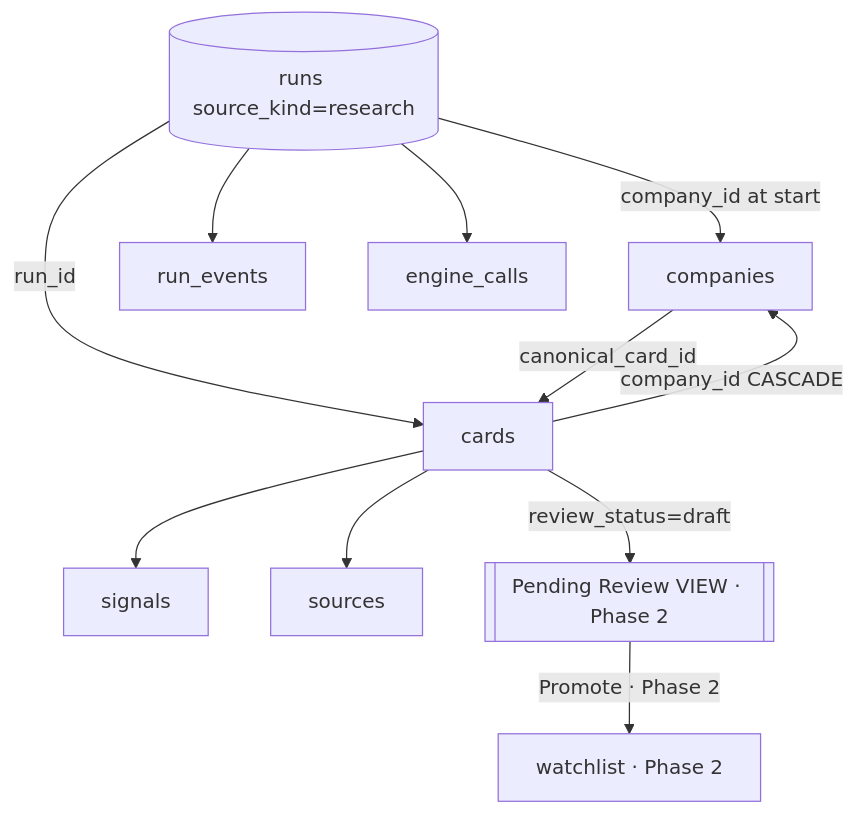
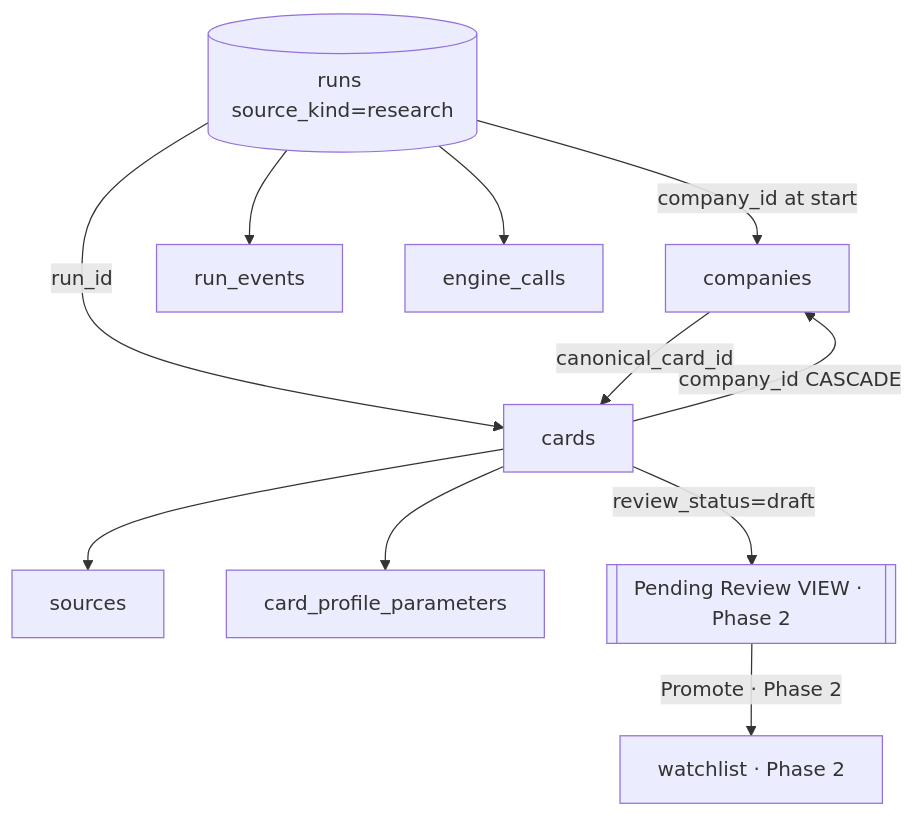
The fourth of 10 diagrams in docs/phase-1/P1-04-admin.md (Growth-Maschine/NORAD-INTEL-ENGINE-V1), drawn with Mermaid before and after one commit. The commit also changed other lines of this file and 14 other files, not shown here.

````diff
--- a/docs/phase-1/P1-04-admin.md
+++ b/docs/phase-1/P1-04-admin.md
@@ -979,22 +1007,22 @@
 ```mermaid
 flowchart TB
     RUNS[(runs source_kind=research)]
     CO[companies]
     CARD[cards]
-    SIG[signals]
     SRC[sources]
+    CPP[card_profile_parameters]
     EV[run_events]
     EC[engine_calls]
 
     RUNS -->|company_id at start| CO
     RUNS -->|run_id| CARD
     CARD -->|company_id CASCADE| CO
     CO -->|canonical_card_id| CARD
-    CARD --> SIG
     CARD --> SRC
+    CARD --> CPP
     RUNS --> EV
     RUNS --> EC
 
     CARD -->|review_status=draft| PR[[Pending Review VIEW · Phase 2]]
     PR -->|Promote · Phase 2| WL[watchlist · Phase 2]
 ```
````
